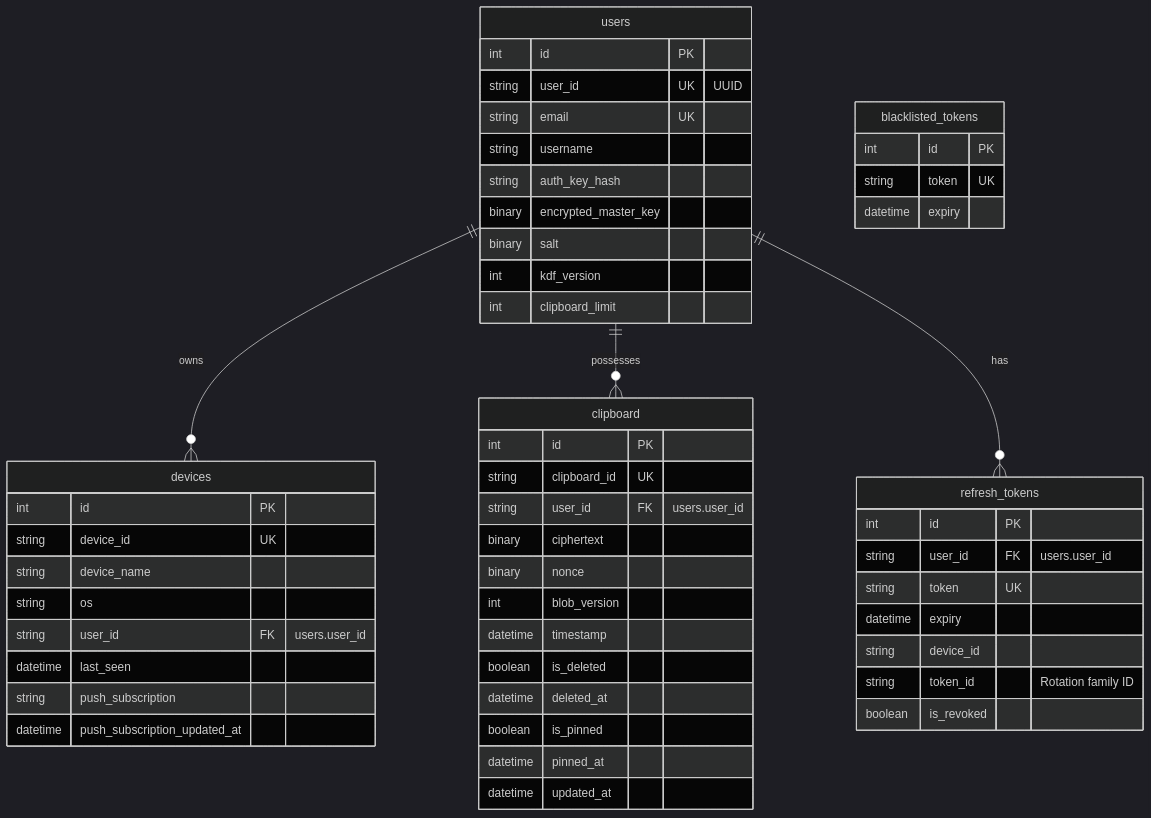
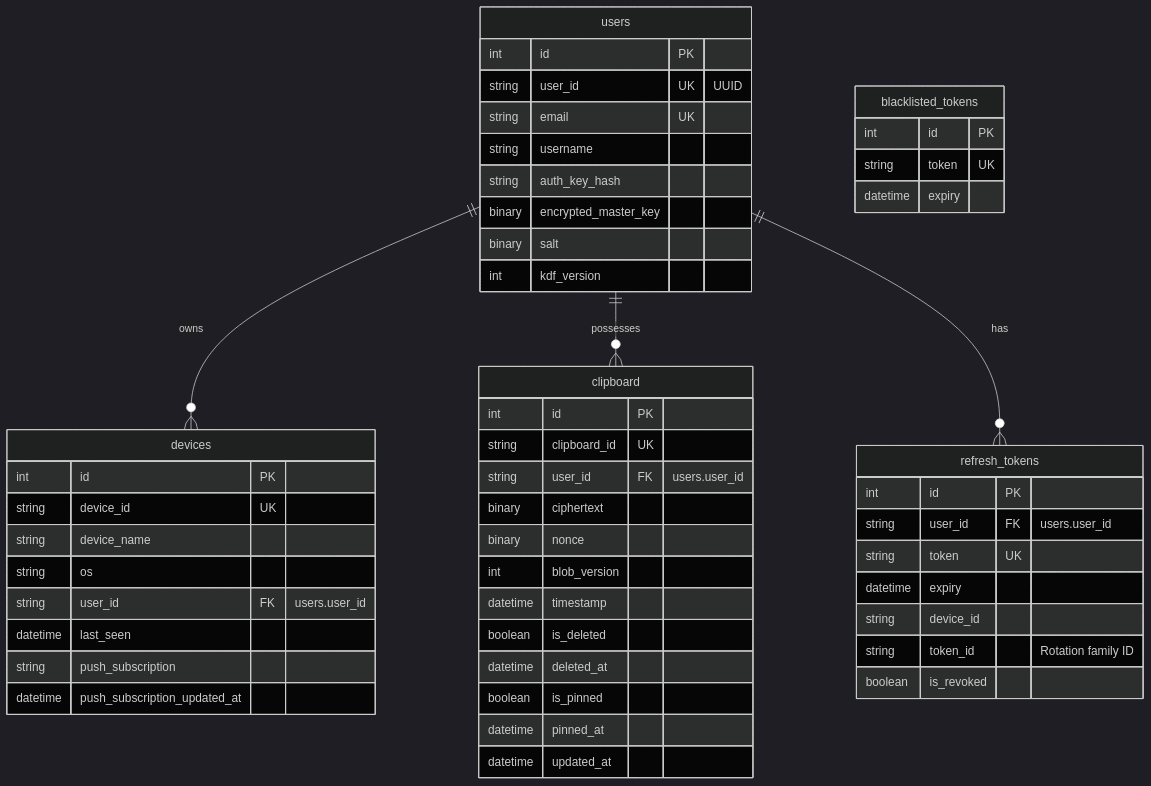
The third of 3 diagrams in ARCHITECTURE.md (zyr-ux/Synclo-Backend), drawn with Mermaid (dark theme) before and after one commit. The commit also changed other lines of this file and 13 other files, not shown here.

````diff
--- a/ARCHITECTURE.md
+++ b/ARCHITECTURE.md
@@ -969,56 +934,55 @@
 ```mermaid
 erDiagram
     users {
         int id PK
         string user_id UK "UUID"
         string email UK
         string username
         string auth_key_hash
         binary encrypted_master_key
         binary salt
         int kdf_version
-        int clipboard_limit
     }
     devices {
         int id PK
         string device_id UK
         string device_name
         string os
         string user_id FK "users.user_id"
         datetime last_seen
         string push_subscription
         datetime push_subscription_updated_at
     }
     clipboard {
         int id PK
         string clipboard_id UK
         string user_id FK "users.user_id"
         binary ciphertext
         binary nonce
         int blob_version
         datetime timestamp
         boolean is_deleted
         datetime deleted_at
         boolean is_pinned
         datetime pinned_at
         datetime updated_at
     }
     refresh_tokens {
         int id PK
         string user_id FK "users.user_id"
         string token UK
         datetime expiry
         string device_id
         string token_id "Rotation family ID"
         boolean is_revoked
     }
     blacklisted_tokens {
         int id PK
         string token UK
         datetime expiry
     }
 
     users ||--o{ devices : owns
     users ||--o{ clipboard : possesses
     users ||--o{ refresh_tokens : has
 ```
````
